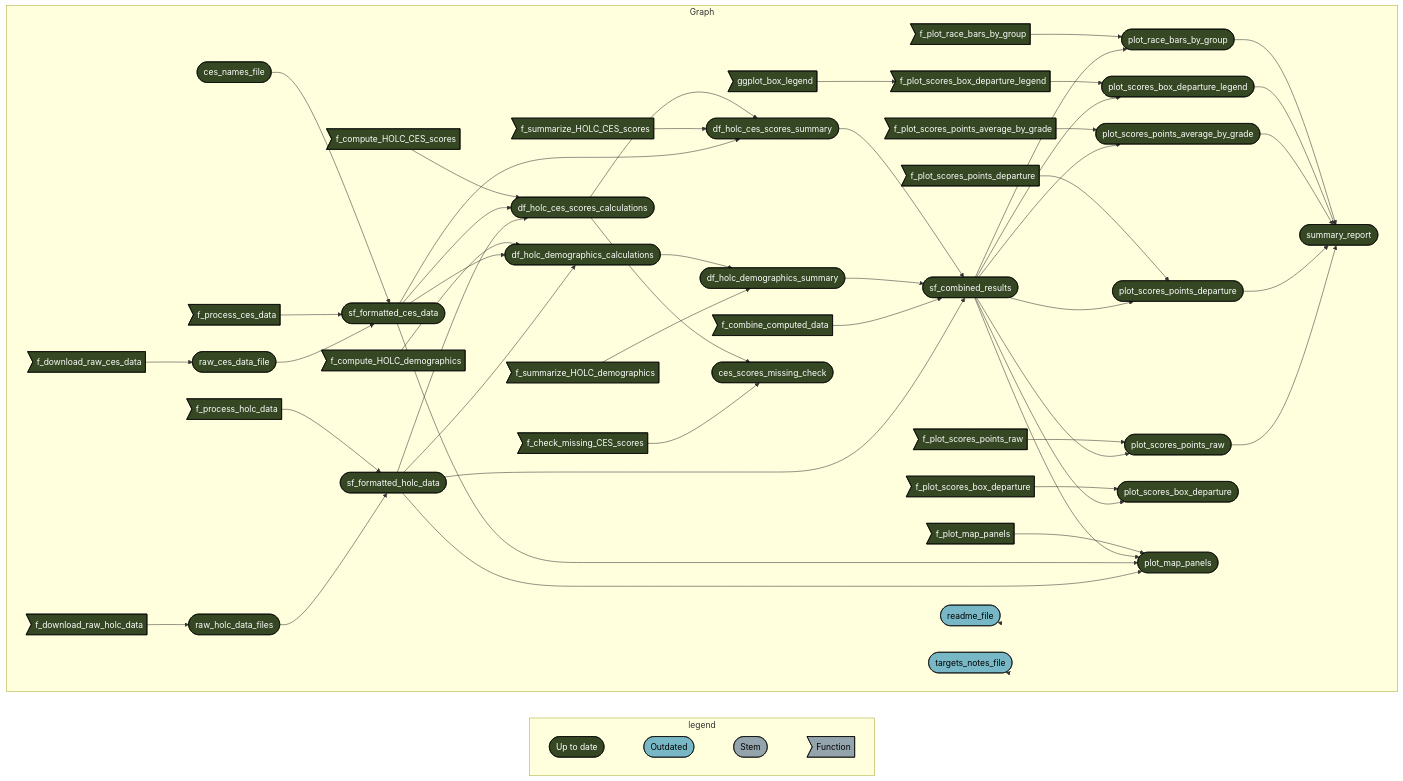
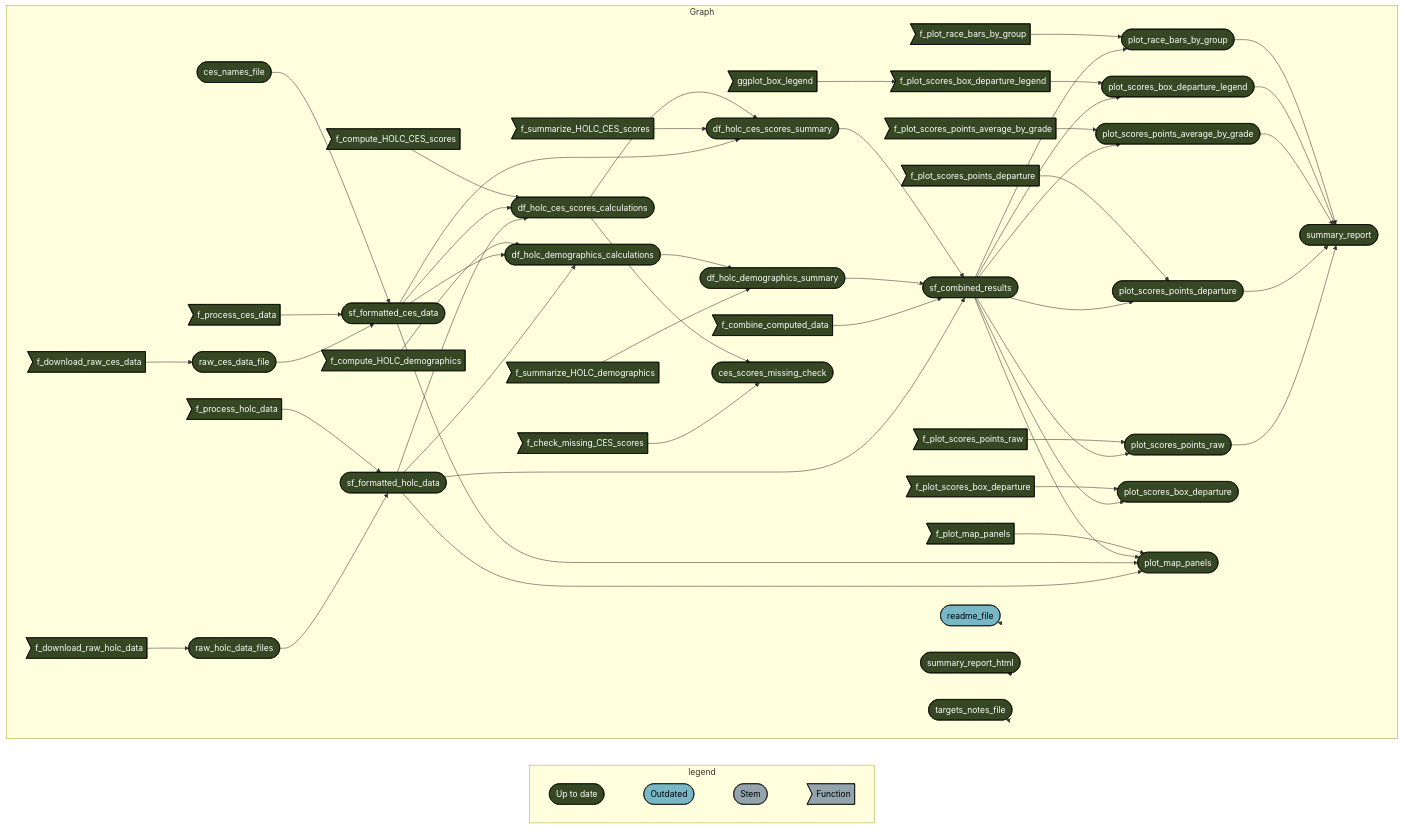
Before and after one commit to daltare/pollution-and-prejudice: the diagram in README.md, drawn with Mermaid. The commit also changed other lines of this file and 1 other file, not shown here.

Commit message:
update readme with link to targets_notes file

````diff
--- a/README.md
+++ b/README.md
@@ -28,68 +28,70 @@
 ``` mermaid
 graph LR
   subgraph legend
     direction LR
     x7420bd9270f8d27d([""Up to date""]):::uptodate --- x0a52b03877696646([""Outdated""]):::outdated
     x0a52b03877696646([""Outdated""]):::outdated --- xbf4603d6c2c2ad6b([""Stem""]):::none
     xbf4603d6c2c2ad6b([""Stem""]):::none --- xf0bce276fe2b9d3e>""Function""]:::none
   end
   subgraph Graph
     direction LR
     x723651d51c4d9039>"ggplot_box_legend"]:::uptodate --> x9fc5d9228e2f8c78>"f_plot_scores_box_departure_legend"]:::uptodate
     xbc38fdbb09f54cdc(["df_holc_ces_scores_summary"]):::uptodate --> x7774e14ad1201765(["sf_combined_results"]):::uptodate
     x722c080414fdf571(["df_holc_demographics_summary"]):::uptodate --> x7774e14ad1201765(["sf_combined_results"]):::uptodate
     xf90b49dd379c5312>"f_combine_computed_data"]:::uptodate --> x7774e14ad1201765(["sf_combined_results"]):::uptodate
     xd358c84560a350ea(["sf_formatted_holc_data"]):::uptodate --> x7774e14ad1201765(["sf_combined_results"]):::uptodate
     x661c36f456260220>"f_plot_scores_points_average_by_grade"]:::uptodate --> x26888c3adf53b8ba(["plot_scores_points_average_by_grade"]):::uptodate
     x7774e14ad1201765(["sf_combined_results"]):::uptodate --> x26888c3adf53b8ba(["plot_scores_points_average_by_grade"]):::uptodate
     xb84eb9d541120890>"f_compute_HOLC_CES_scores"]:::uptodate --> xf2cacda6c5be1d56(["df_holc_ces_scores_calculations"]):::uptodate
     x66ea1e7e4088616e(["sf_formatted_ces_data"]):::uptodate --> xf2cacda6c5be1d56(["df_holc_ces_scores_calculations"]):::uptodate
     xd358c84560a350ea(["sf_formatted_holc_data"]):::uptodate --> xf2cacda6c5be1d56(["df_holc_ces_scores_calculations"]):::uptodate
     x05780902aff2e52e>"f_plot_scores_points_departure"]:::uptodate --> x85db2b90c235dab6(["plot_scores_points_departure"]):::uptodate
     x7774e14ad1201765(["sf_combined_results"]):::uptodate --> x85db2b90c235dab6(["plot_scores_points_departure"]):::uptodate
     xd22b3ef3698af9c3>"f_plot_race_bars_by_group"]:::uptodate --> xe2341aac6be6d5c3(["plot_race_bars_by_group"]):::uptodate
     x7774e14ad1201765(["sf_combined_results"]):::uptodate --> xe2341aac6be6d5c3(["plot_race_bars_by_group"]):::uptodate
     xe2341aac6be6d5c3(["plot_race_bars_by_group"]):::uptodate --> xe24c603975ef95ce(["summary_report"]):::uptodate
     xd261dc6bb4fd422e(["plot_scores_box_departure_legend"]):::uptodate --> xe24c603975ef95ce(["summary_report"]):::uptodate
     x26888c3adf53b8ba(["plot_scores_points_average_by_grade"]):::uptodate --> xe24c603975ef95ce(["summary_report"]):::uptodate
     x85db2b90c235dab6(["plot_scores_points_departure"]):::uptodate --> xe24c603975ef95ce(["summary_report"]):::uptodate
     xd06bbe78c7eb9f6c(["plot_scores_points_raw"]):::uptodate --> xe24c603975ef95ce(["summary_report"]):::uptodate
     xf2cacda6c5be1d56(["df_holc_ces_scores_calculations"]):::uptodate --> xcdcbc8327c73002a(["ces_scores_missing_check"]):::uptodate
     x1909355c81c03a12>"f_check_missing_CES_scores"]:::uptodate --> xcdcbc8327c73002a(["ces_scores_missing_check"]):::uptodate
     x6a4e5ab768f76050>"f_plot_scores_points_raw"]:::uptodate --> xd06bbe78c7eb9f6c(["plot_scores_points_raw"]):::uptodate
     x7774e14ad1201765(["sf_combined_results"]):::uptodate --> xd06bbe78c7eb9f6c(["plot_scores_points_raw"]):::uptodate
     x4baab69ddc05606c>"f_compute_HOLC_demographics"]:::uptodate --> x0933fedf1eaed55e(["df_holc_demographics_calculations"]):::uptodate
     x66ea1e7e4088616e(["sf_formatted_ces_data"]):::uptodate --> x0933fedf1eaed55e(["df_holc_demographics_calculations"]):::uptodate
     xd358c84560a350ea(["sf_formatted_holc_data"]):::uptodate --> x0933fedf1eaed55e(["df_holc_demographics_calculations"]):::uptodate
     x3566400abf0582d0>"f_process_holc_data"]:::uptodate --> xd358c84560a350ea(["sf_formatted_holc_data"]):::uptodate
     x7deb259c829fdb2e(["raw_holc_data_files"]):::uptodate --> xd358c84560a350ea(["sf_formatted_holc_data"]):::uptodate
     x13ecd6c730196e92>"f_plot_scores_box_departure"]:::uptodate --> xc0917568d2ce3bee(["plot_scores_box_departure"]):::uptodate
     x7774e14ad1201765(["sf_combined_results"]):::uptodate --> xc0917568d2ce3bee(["plot_scores_box_departure"]):::uptodate
     xf2cacda6c5be1d56(["df_holc_ces_scores_calculations"]):::uptodate --> xbc38fdbb09f54cdc(["df_holc_ces_scores_summary"]):::uptodate
     x24483bb6f5885403>"f_summarize_HOLC_CES_scores"]:::uptodate --> xbc38fdbb09f54cdc(["df_holc_ces_scores_summary"]):::uptodate
     x66ea1e7e4088616e(["sf_formatted_ces_data"]):::uptodate --> xbc38fdbb09f54cdc(["df_holc_ces_scores_summary"]):::uptodate
     x7ad41e3fd12f2676(["ces_names_file"]):::uptodate --> x66ea1e7e4088616e(["sf_formatted_ces_data"]):::uptodate
     xdca65f7684d779f0>"f_process_ces_data"]:::uptodate --> x66ea1e7e4088616e(["sf_formatted_ces_data"]):::uptodate
     x6538bfb2bd8fa5af(["raw_ces_data_file"]):::uptodate --> x66ea1e7e4088616e(["sf_formatted_ces_data"]):::uptodate
     x9fc5d9228e2f8c78>"f_plot_scores_box_departure_legend"]:::uptodate --> xd261dc6bb4fd422e(["plot_scores_box_departure_legend"]):::uptodate
     x7774e14ad1201765(["sf_combined_results"]):::uptodate --> xd261dc6bb4fd422e(["plot_scores_box_departure_legend"]):::uptodate
     xc11e093e8a0331b6>"f_plot_map_panels"]:::uptodate --> x52b2d35838d1c908(["plot_map_panels"]):::uptodate
     x7774e14ad1201765(["sf_combined_results"]):::uptodate --> x52b2d35838d1c908(["plot_map_panels"]):::uptodate
     x66ea1e7e4088616e(["sf_formatted_ces_data"]):::uptodate --> x52b2d35838d1c908(["plot_map_panels"]):::uptodate
     xd358c84560a350ea(["sf_formatted_holc_data"]):::uptodate --> x52b2d35838d1c908(["plot_map_panels"]):::uptodate
     xc504145cdabdd854>"f_download_raw_ces_data"]:::uptodate --> x6538bfb2bd8fa5af(["raw_ces_data_file"]):::uptodate
     x0933fedf1eaed55e(["df_holc_demographics_calculations"]):::uptodate --> x722c080414fdf571(["df_holc_demographics_summary"]):::uptodate
     x2dfdf1b5ee4ba094>"f_summarize_HOLC_demographics"]:::uptodate --> x722c080414fdf571(["df_holc_demographics_summary"]):::uptodate
     x28598aa74e36431d>"f_download_raw_holc_data"]:::uptodate --> x7deb259c829fdb2e(["raw_holc_data_files"]):::uptodate
     x118ccf0169559b01(["readme_file"]):::outdated --> x118ccf0169559b01(["readme_file"]):::outdated
-    xd244e8c357cc9580(["targets_notes_file"]):::outdated --> xd244e8c357cc9580(["targets_notes_file"]):::outdated
+    x3b5990520b2e818d(["summary_report_html"]):::uptodate --> x3b5990520b2e818d(["summary_report_html"]):::uptodate
+    xd244e8c357cc9580(["targets_notes_file"]):::uptodate --> xd244e8c357cc9580(["targets_notes_file"]):::uptodate
   end
   classDef uptodate stroke:#000000,color:#ffffff,fill:#354823;
   classDef outdated stroke:#000000,color:#000000,fill:#78B7C5;
   classDef none stroke:#000000,color:#000000,fill:#94a4ac;
   linkStyle 0 stroke-width:0px;
   linkStyle 1 stroke-width:0px;
   linkStyle 2 stroke-width:0px;
   linkStyle 49 stroke-width:0px;
   linkStyle 50 stroke-width:0px;
+  linkStyle 51 stroke-width:0px;
 ```
````
